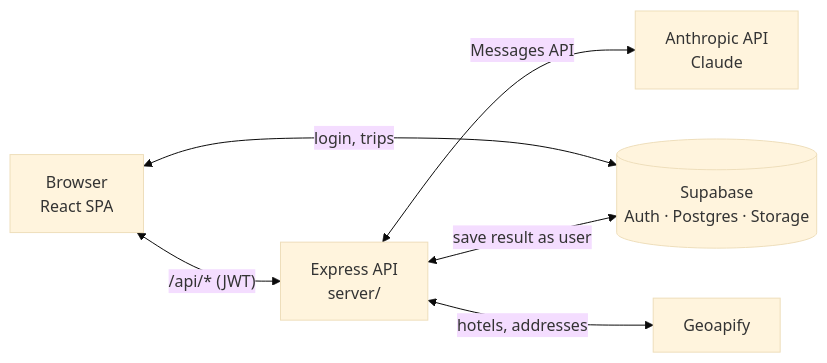
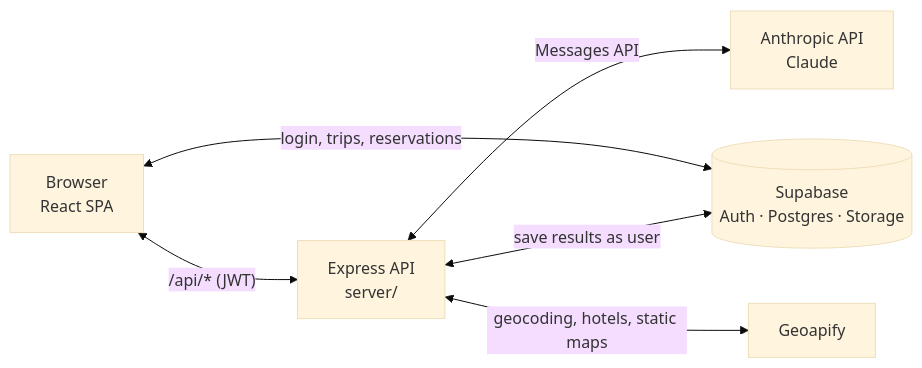
One commit to rizekj12/Trip-Planner changed the diagram in README.md. Above: the diagram before and after it, drawn with Mermaid (base theme). The commit also changed other lines of this file and 1 other file, not shown here.

````diff
--- a/README.md
+++ b/README.md
@@ -48,8 +63,8 @@
 ```mermaid
 flowchart LR
   B["Browser<br/>React SPA"] <-->|"/api/* (JWT)"| S["Express API<br/>server/"]
   S <-->|"Messages API"| C["Anthropic API<br/>Claude"]
-  B <-->|"login, trips"| DB[("Supabase<br/>Auth · Postgres · Storage")]
-  S <-->|"save result as user"| DB
-  S <-->|"hotels, addresses"| G["Geoapify"]
+  B <-->|"login, trips, reservations"| DB[("Supabase<br/>Auth · Postgres · Storage")]
+  S <-->|"save results as user"| DB
+  S <-->|"geocoding, hotels, static maps"| G["Geoapify"]
 ```
````
